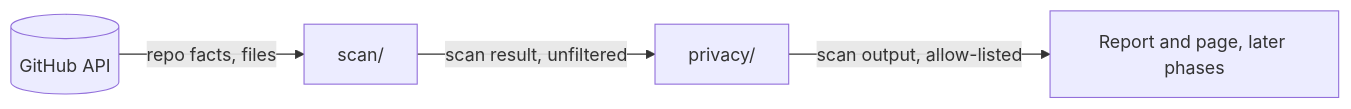
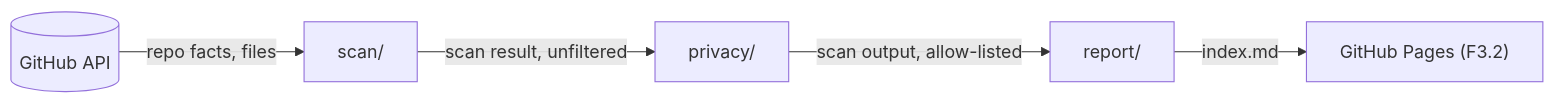
One commit to flegaspi700/portfolio-dashboard changed the diagram in docs/architecture.md. Above: the diagram before and after it, drawn with Mermaid. The commit also changed other lines of this file and 9 other files, not shown here.

````diff
--- a/docs/architecture.md
+++ b/docs/architecture.md
@@ -17,6 +17,7 @@
 ```mermaid
 flowchart LR
     gh[("GitHub API")] -- "repo facts, files" --> scan["scan/"]
     scan -- "scan result, unfiltered" --> privacy["privacy/"]
-    privacy -- "scan output, allow-listed" --> out["Report and page, later phases"]
+    privacy -- "scan output, allow-listed" --> report["report/"]
+    report -- "index.md" --> pages["GitHub Pages (F3.2)"]
 ```
````
